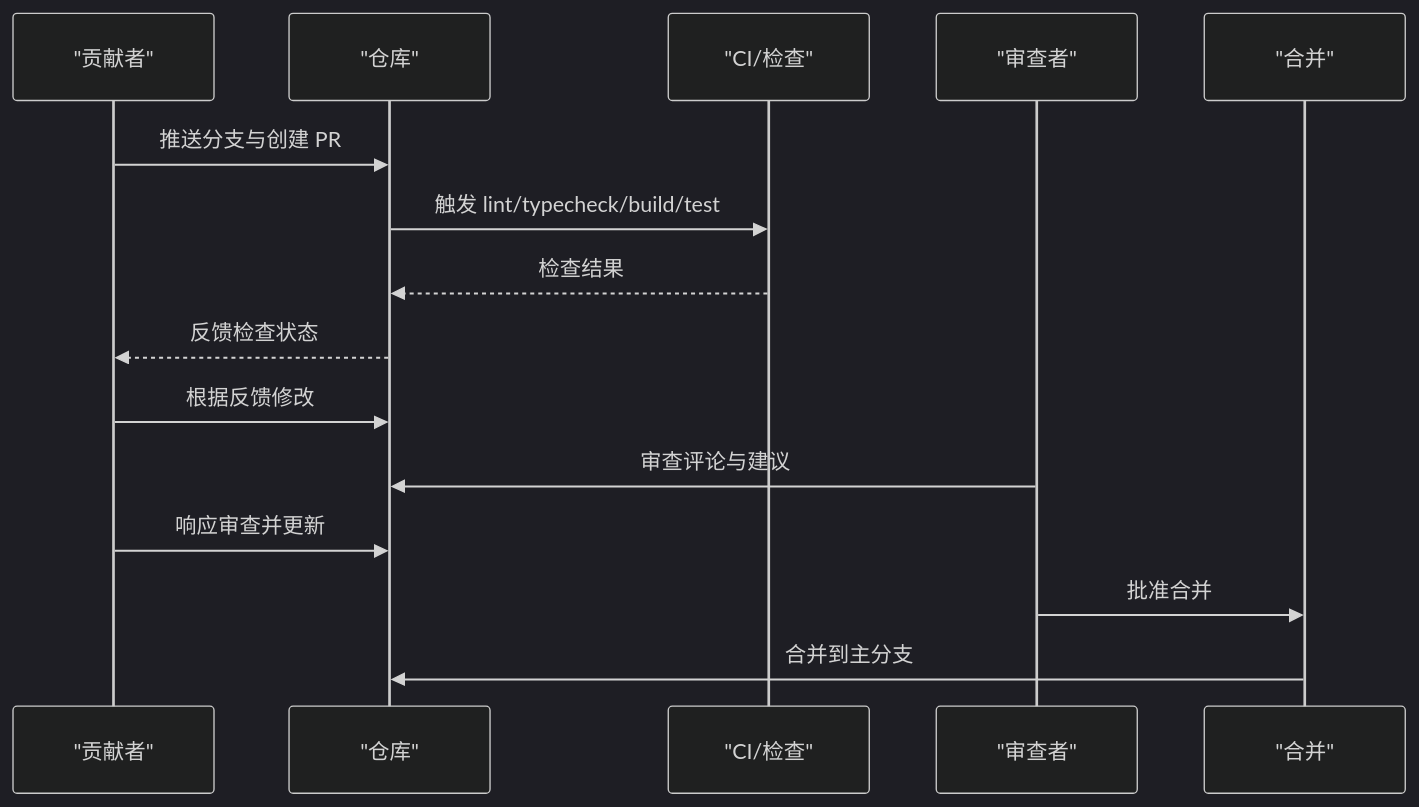
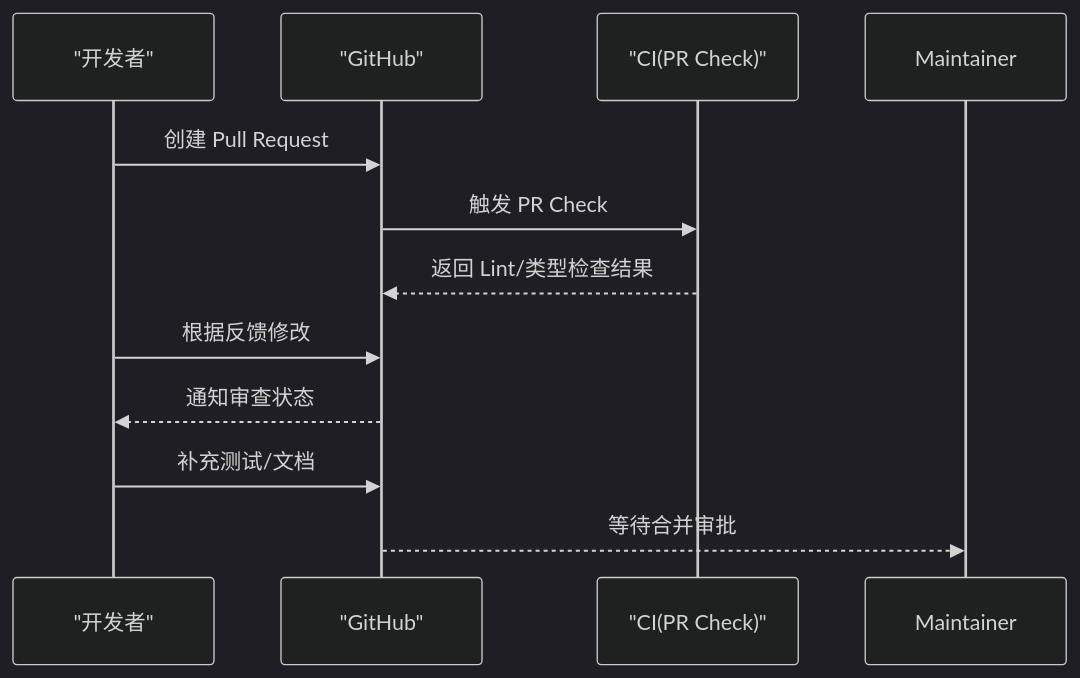
The fourth of 7 diagrams in .qoder/repowiki/zh/content/贡献指南.md (sofate798/KodrixCode), drawn with Mermaid (dark theme) before and after one commit. The commit also changed other lines of this file and 178 other files, not shown here.

````diff
--- a/.qoder/repowiki/zh/content/贡献指南.md
+++ b/.qoder/repowiki/zh/content/贡献指南.md
@@ -185,17 +150,13 @@
 ```mermaid
 sequenceDiagram
-participant Dev as "贡献者"
-participant Repo as "仓库"
-participant CI as "CI/检查"
-participant Reviewer as "审查者"
-participant Merge as "合并"
-Dev->>Repo : 推送分支与创建 PR
-Repo->>CI : 触发 lint/typecheck/build/test
-CI-->>Repo : 检查结果
-Repo-->>Dev : 反馈检查状态
-Dev->>Repo : 根据反馈修改
-Reviewer->>Repo : 审查评论与建议
-Dev->>Repo : 响应审查并更新
-Reviewer->>Merge : 批准合并
-Merge->>Repo : 合并到主分支
+participant Dev as "开发者"
+participant GH as "GitHub"
+participant CI as "CI(PR Check)"
+Dev->>GH : 创建 Pull Request
+GH->>CI : 触发 PR Check
+CI-->>GH : 返回 Lint/类型检查结果
+Dev->>GH : 根据反馈修改
+GH-->>Dev : 通知审查状态
+Dev->>GH : 补充测试/文档
+GH-->>Maintainer : 等待合并审批
 ```
````
